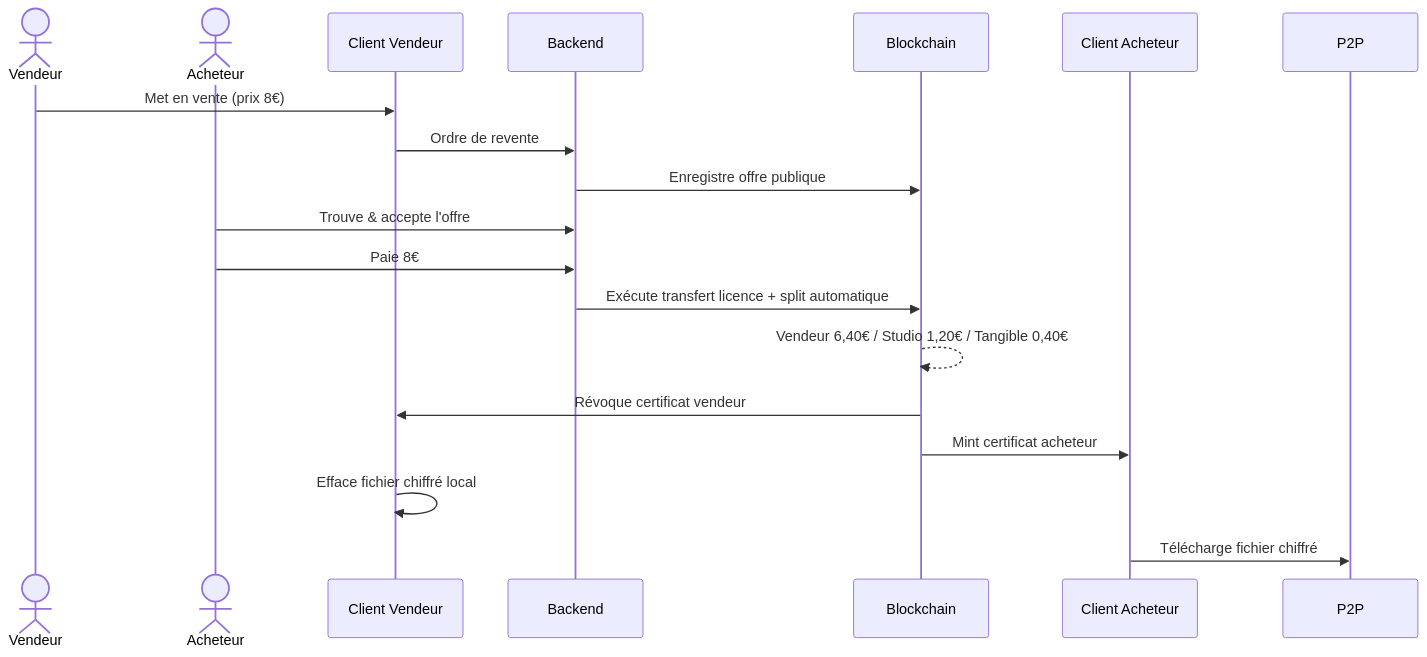
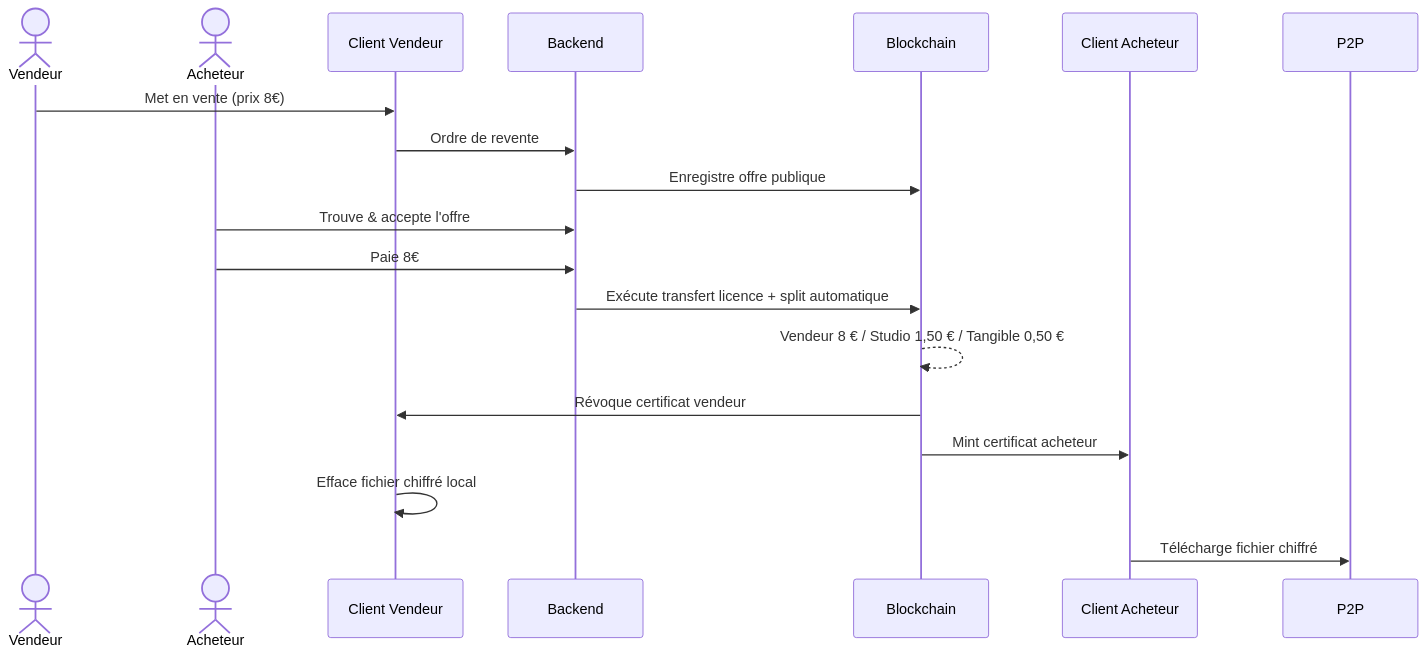
The third of 4 diagrams in content/06 - Technique/Architecture Technique.md (Pixnop/tangible), drawn with Mermaid before and after one commit. The commit also changed other lines of this file and 4 other files, not shown here.

````diff
--- a/content/06 - Technique/Architecture Technique.md
+++ b/content/06 - Technique/Architecture Technique.md
@@ -139,21 +139,21 @@
 ```mermaid
 sequenceDiagram
     actor V as Vendeur
     actor A as Acheteur
     participant C1 as Client Vendeur
     participant API as Backend
     participant BC as Blockchain
     participant C2 as Client Acheteur
 
     V->>C1: Met en vente (prix 8€)
     C1->>API: Ordre de revente
     API->>BC: Enregistre offre publique
     A->>API: Trouve & accepte l'offre
     A->>API: Paie 8€
     API->>BC: Exécute transfert licence + split automatique
-    BC-->>BC: Vendeur 6,40€ / Studio 1,20€ / Tangible 0,40€
+    BC-->>BC: Vendeur 8 € / Studio 1,50 € / Tangible 0,50 €
     BC->>C1: Révoque certificat vendeur
     BC->>C2: Mint certificat acheteur
     C1->>C1: Efface fichier chiffré local
     C2->>P2P: Télécharge fichier chiffré
 ```
````
